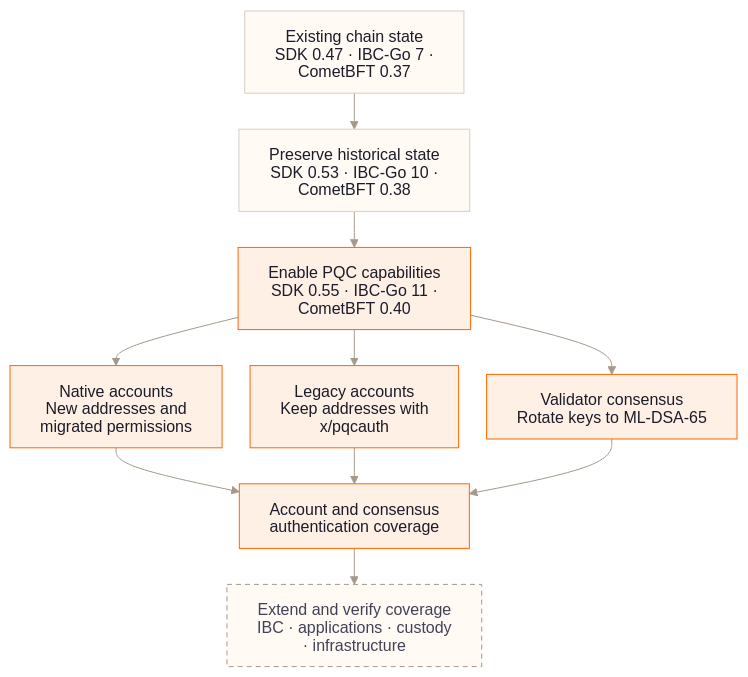
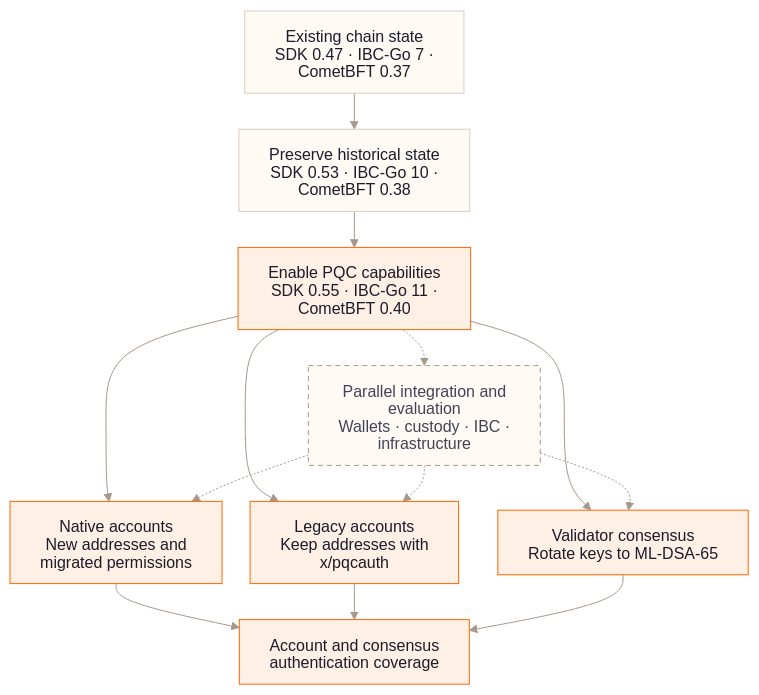
One commit to DoraFactory/doravota changed the diagram in x/pqcauth/diagrams/migration-sequence.mmd. Above: the diagram before and after it, drawn with Mermaid. The commit also changed 6 other files, not shown here.

Commit message:
docs: refine post-quantum migration article and diagrams

```diff
--- a/x/pqcauth/diagrams/migration-sequence.mmd
+++ b/x/pqcauth/diagrams/migration-sequence.mmd
@@ -1,21 +1,25 @@
 %%{init: {"theme":"base","htmlLabels":false,"themeVariables":{"fontFamily":"Arial, sans-serif","lineColor":"#a6988b"},"flowchart":{"curve":"basis","nodeSpacing":28,"rankSpacing":36}}}%%
 flowchart TB
     accTitle: Dora Vota migration dependencies
-    accDescr: The existing chain upgrades through the SDK 0.53 bridge to SDK 0.55. The target enables native accounts, address-preserving legacy protection, and validator consensus-key rotation. Account and consensus coverage then supports further work on IBC, applications, custody, and infrastructure. The diagram describes dependencies, not deployment status.
+    accDescr: The existing chain upgrades through the SDK 0.53 bridge to SDK 0.55. The target enables native accounts, address-preserving legacy protection, and validator consensus-key rotation. Wallet, custody, IBC, and infrastructure integration and evaluation proceed alongside account and consensus migration. The diagram describes dependencies, not deployment status.
     OLD["Existing chain state<br/>SDK 0.47 · IBC-Go 7 · CometBFT 0.37"]
     BRIDGE["Preserve historical state<br/>SDK 0.53 · IBC-Go 10 · CometBFT 0.38"]
     TARGET["Enable PQC capabilities<br/>SDK 0.55 · IBC-Go 11 · CometBFT 0.40"]
     OLD --> BRIDGE --> TARGET
     TARGET --> NATIVE["Native accounts<br/>New addresses and migrated permissions"]
     TARGET --> LEGACY["Legacy accounts<br/>Keep addresses with x/pqcauth"]
     TARGET --> CONS["Validator consensus<br/>Rotate keys to ML-DSA-65"]
     NATIVE --> CORE["Account and consensus<br/>authentication coverage"]
     LEGACY --> CORE
     CONS --> CORE
-    CORE --> WIDER["Extend and verify coverage<br/>IBC · applications · custody · infrastructure"]
+    WIDER["Parallel integration and evaluation<br/>Wallets · custody · IBC · infrastructure"]
+    TARGET -.-> WIDER
+    WIDER -.-> NATIVE
+    WIDER -.-> LEGACY
+    WIDER -.-> CONS
     classDef base fill:#fffaf4,stroke:#d7cec5,color:#1b1b2a;
     classDef pqc fill:#fff0e5,stroke:#ff6600,color:#1b1b2a;
     classDef scope fill:#fffaf4,stroke:#a6988b,stroke-dasharray:5 4,color:#424257;
     class OLD,BRIDGE base;
     class TARGET,NATIVE,LEGACY,CONS,CORE pqc;
     class WIDER scope;
```
